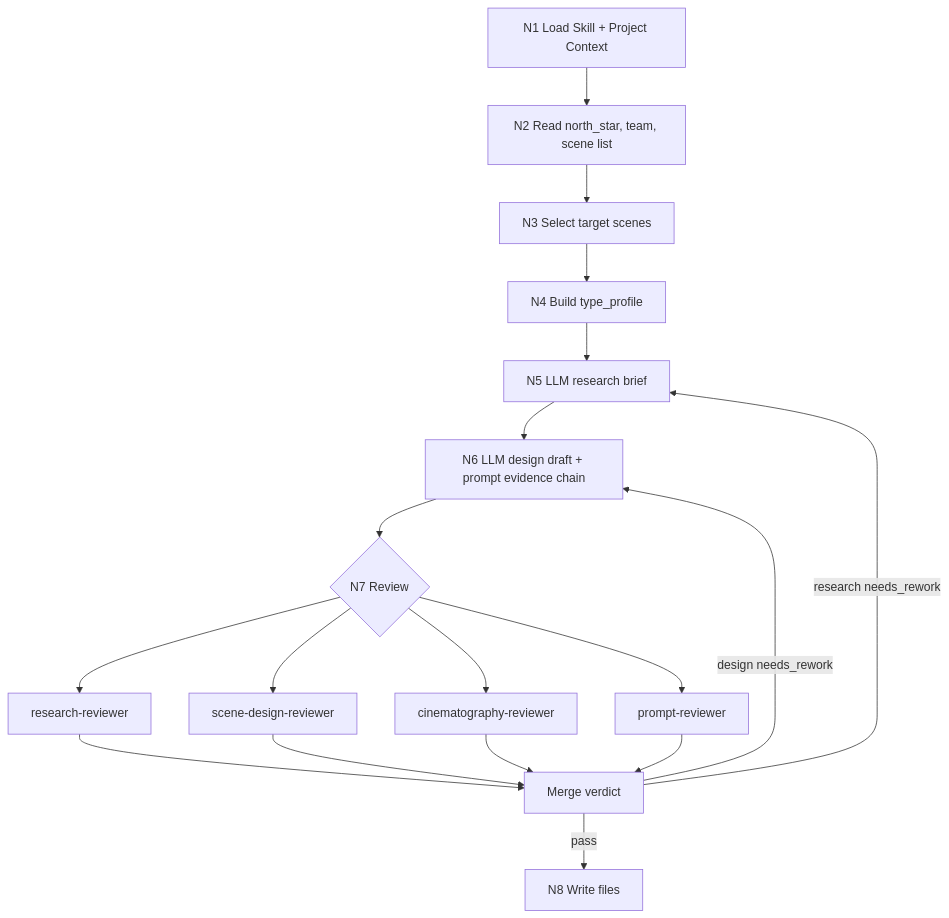
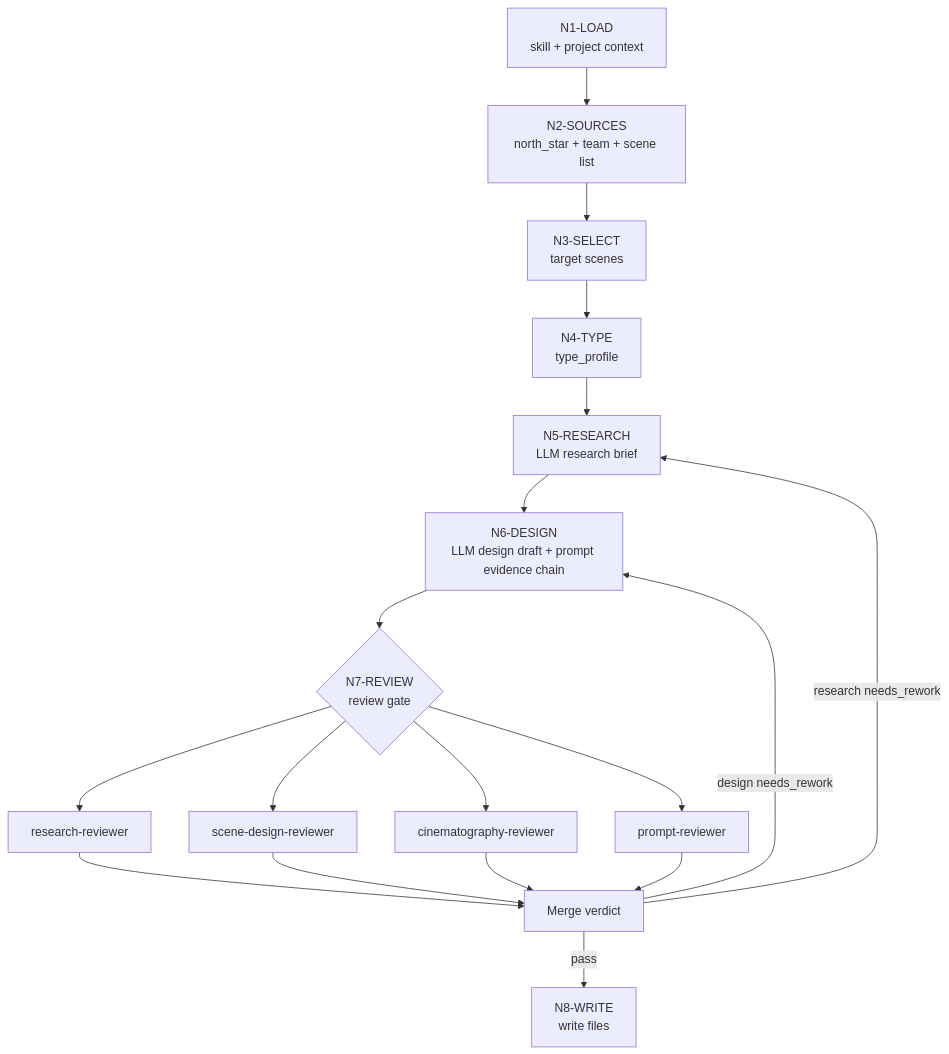
Before and after one commit to ZEN-VOID/AI-CUT: the diagram in .agents/skills/aigc/5-设计/场景/2-设计/steps/scene-design-workflow.md, drawn with Mermaid. The commit also changed 41 other files, not shown here.

````diff
--- a/.agents/skills/aigc/5-设计/场景/2-设计/steps/scene-design-workflow.md
+++ b/.agents/skills/aigc/5-设计/场景/2-设计/steps/scene-design-workflow.md
@@ -30,20 +30,20 @@
 ```mermaid
 flowchart TD
-    A["N1 Load Skill + Project Context"] --> B["N2 Read north_star, team, scene list"]
-    B --> C["N3 Select target scenes"]
-    C --> D["N4 Build type_profile"]
-    D --> E["N5 LLM research brief"]
-    E --> M["N6 LLM design draft + prompt evidence chain"]
-    M --> F{"N7 Review"}
+    A["N1-LOAD<br/>skill + project context"] --> B["N2-SOURCES<br/>north_star + team + scene list"]
+    B --> C["N3-SELECT<br/>target scenes"]
+    C --> D["N4-TYPE<br/>type_profile"]
+    D --> E["N5-RESEARCH<br/>LLM research brief"]
+    E --> M["N6-DESIGN<br/>LLM design draft + prompt evidence chain"]
+    M --> F{"N7-REVIEW<br/>review gate"}
     F --> G["research-reviewer"]
     F --> H["scene-design-reviewer"]
     F --> I["cinematography-reviewer"]
     F --> J["prompt-reviewer"]
     G --> K["Merge verdict"]
     H --> K
     I --> K
     J --> K
-    K -->|"pass"| L["N8 Write files"]
+    K -->|"pass"| L["N8-WRITE<br/>write files"]
     K -->|"research needs_rework"| E
     K -->|"design needs_rework"| M
 ```
````
